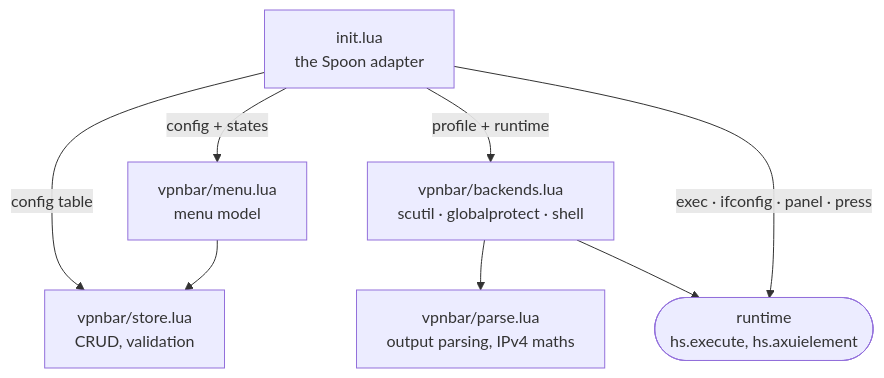
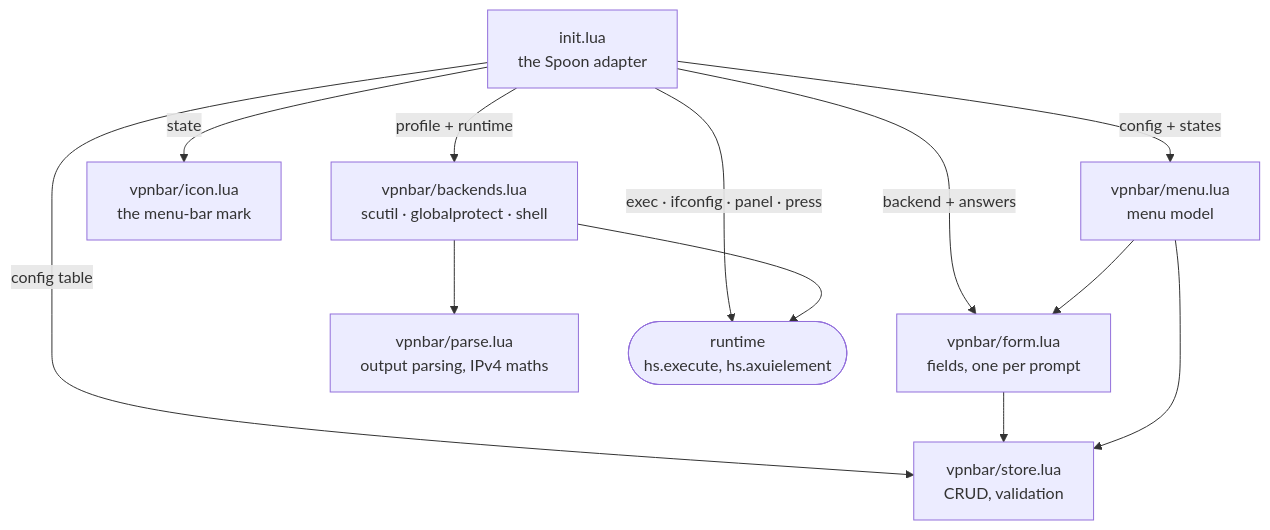
Before and after one commit to sapn95/vpnbar: the diagram in docs/architecture.md, drawn with Mermaid. The commit also changed other lines of this file and 12 other files, not shown here.

````diff
--- a/docs/architecture.md
+++ b/docs/architecture.md
@@ -5,10 +5,14 @@
 ```mermaid
 flowchart TD
     M["init.lua<br/>the Spoon adapter"] -->|"config table"| S["vpnbar/store.lua<br/>CRUD, validation"]
     M -->|"config + states"| U["vpnbar/menu.lua<br/>menu model"]
+    M -->|"backend + answers"| F["vpnbar/form.lua<br/>fields, one per prompt"]
+    M -->|"state"| I["vpnbar/icon.lua<br/>the menu-bar mark"]
+    F --> S
+    U --> F
     M -->|"profile + runtime"| B["vpnbar/backends.lua<br/>scutil · globalprotect · shell"]
     B --> P["vpnbar/parse.lua<br/>output parsing, IPv4 maths"]
     U --> S
     M -->|"exec · ifconfig · panel · press"| R(["runtime<br/>hs.execute, hs.axuielement"])
     B --> R
 ```
````
